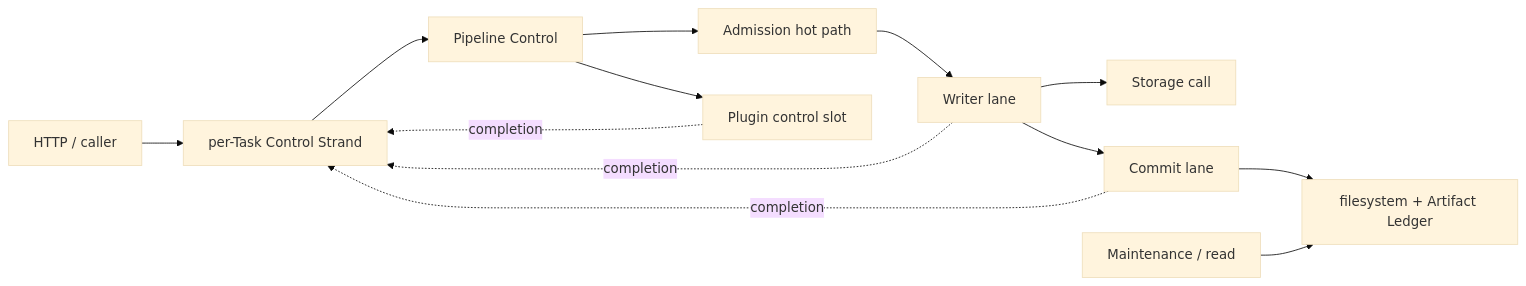
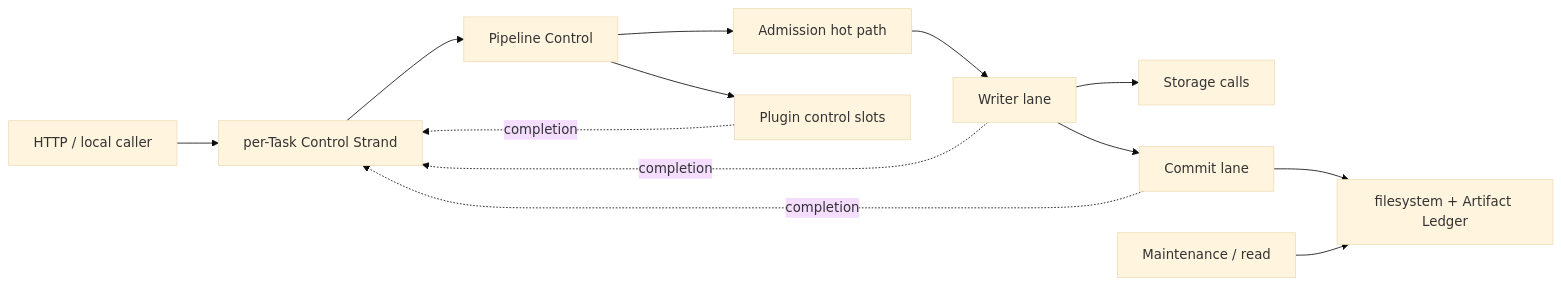
Before and after one commit to SiYueY/rodaq: the sixth of 16 diagrams in docs/design/architecture.md, drawn with Mermaid (base theme). The commit also changed other lines of this file and 7 other files, not shown here.

````diff
--- a/docs/design/architecture.md
+++ b/docs/design/architecture.md
@@ -359,15 +369,15 @@
 ```mermaid
 flowchart LR
-    HTTP["HTTP / caller"] --> TC["per-Task Control Strand"]
+    Caller["HTTP / local caller"] --> TC["per-Task Control Strand"]
     TC --> PC["Pipeline Control"]
     PC --> AP["Admission hot path"]
-    PC --> PS["Plugin control slot"]
+    PC --> PS["Plugin control slots"]
     AP --> W["Writer lane"]
-    W --> S["Storage call"]
+    W --> S["Storage calls"]
     W --> C["Commit lane"]
     C --> F["filesystem + Artifact Ledger"]
     M["Maintenance / read"] --> F
     PS -. completion .-> TC
     W -. completion .-> TC
     C -. completion .-> TC
 ```
````
